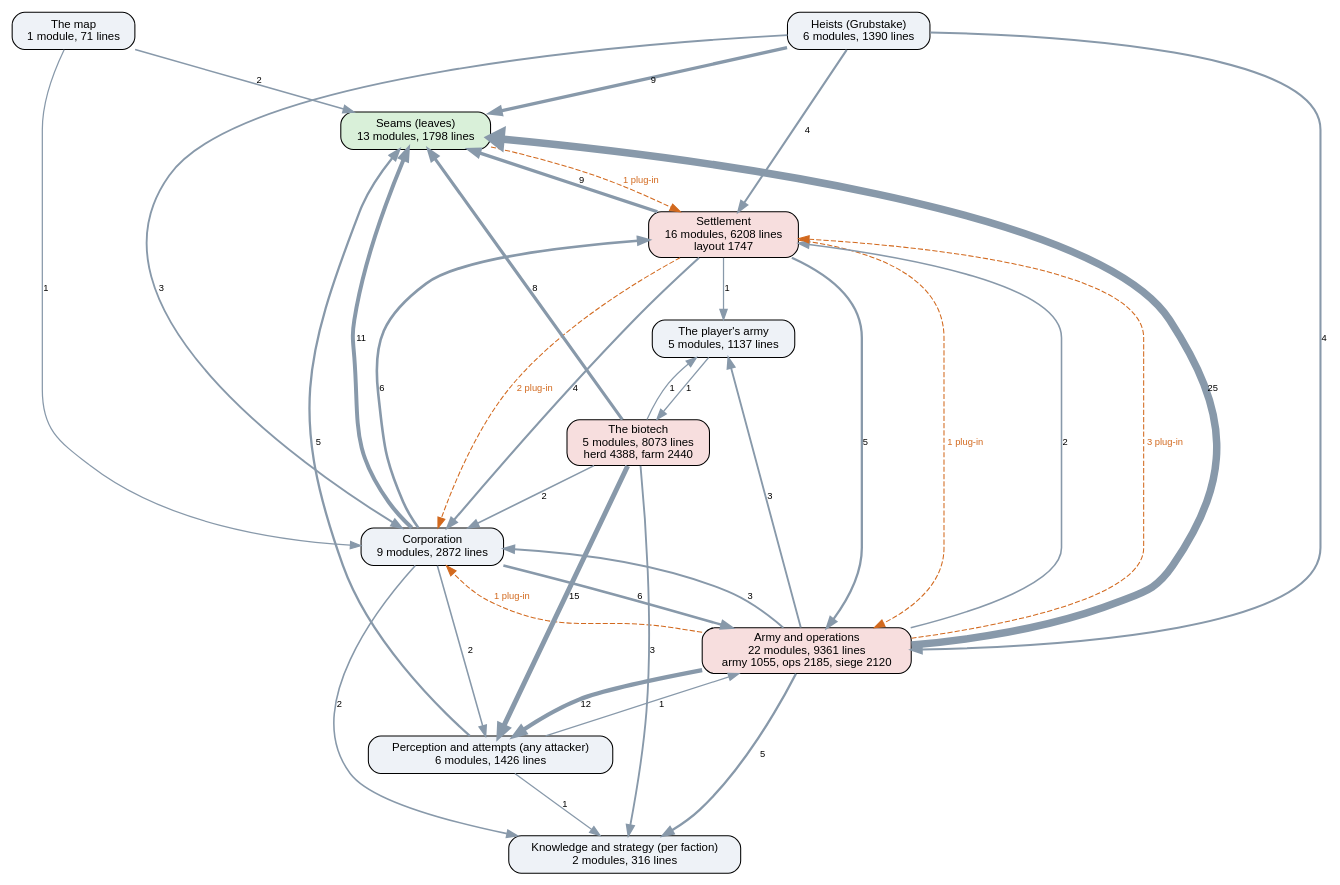
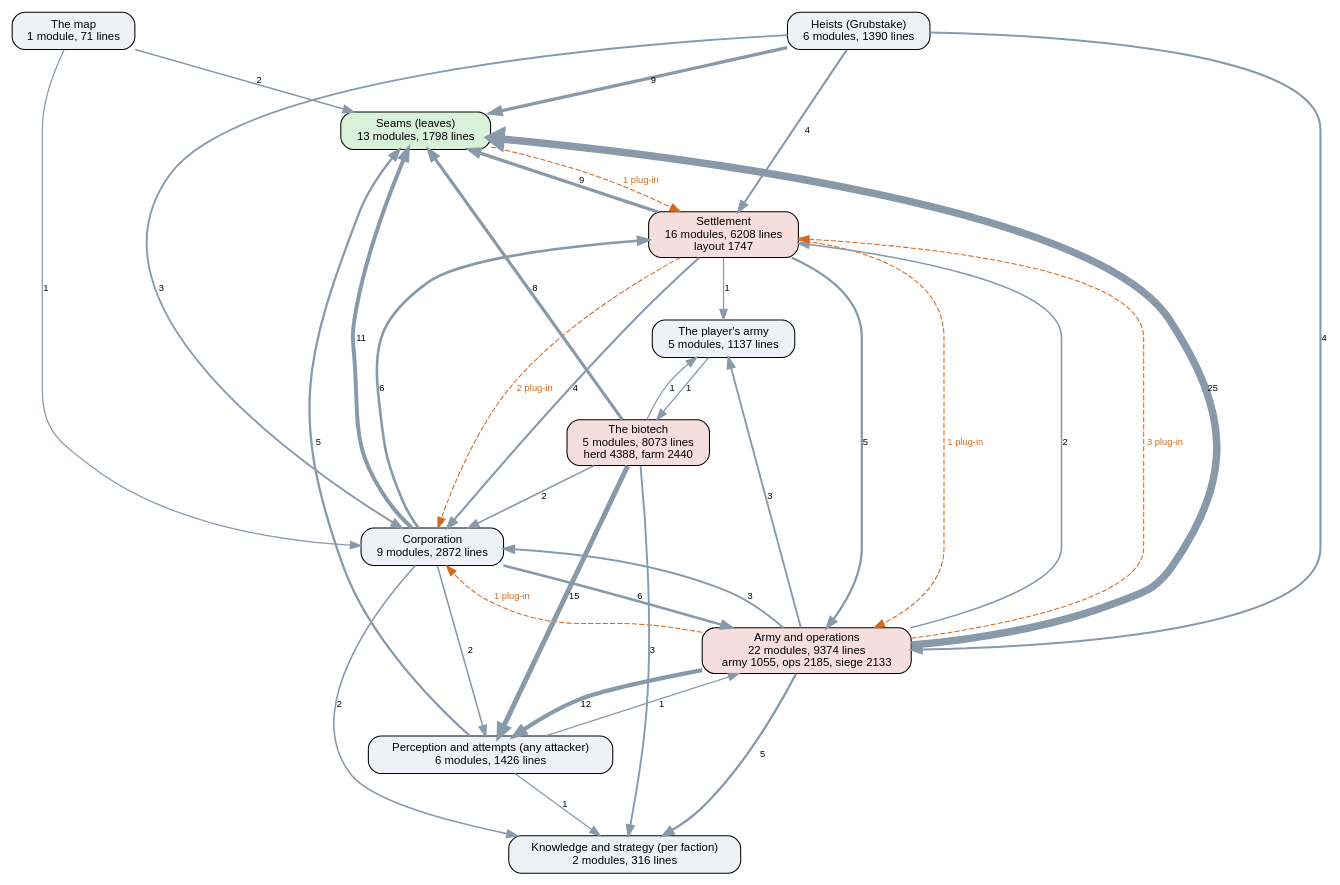
One commit to kinelhu/landing-party changed the diagram in docs/ai-layers.dot. Above: the diagram before and after it, drawn with Graphviz. The commit also changed 15 other files, not shown here.

```diff
--- a/docs/ai-layers.dot
+++ b/docs/ai-layers.dot
@@ -1,50 +1,50 @@
 digraph layers {
   graph [rankdir=TB, fontname="Helvetica", nodesep=0.5, ranksep=0.7];
   node [shape=box, style="rounded,filled", fontname="Helvetica", fontsize=11, fillcolor="#eef2f7"];
   edge [color="#8899aa", fontname="Helvetica", fontsize=9];
   "Seams (leaves)" [label="Seams (leaves)\n13 modules, 1798 lines", fillcolor="#d9f0d9"];
   "Perception and attempts (any attacker)" [label="Perception and attempts (any attacker)\n6 modules, 1426 lines", fillcolor="#eef2f7"];
   "Knowledge and strategy (per faction)" [label="Knowledge and strategy (per faction)\n2 modules, 316 lines", fillcolor="#eef2f7"];
   "Corporation" [label="Corporation\n9 modules, 2872 lines", fillcolor="#eef2f7"];
   "Settlement" [label="Settlement\n16 modules, 6208 lines\nlayout 1747", fillcolor="#f7dede"];
-  "Army and operations" [label="Army and operations\n22 modules, 9361 lines\narmy 1055, ops 2185, siege 2120", fillcolor="#f7dede"];
+  "Army and operations" [label="Army and operations\n22 modules, 9374 lines\narmy 1055, ops 2185, siege 2133", fillcolor="#f7dede"];
   "Heists (Grubstake)" [label="Heists (Grubstake)\n6 modules, 1390 lines", fillcolor="#eef2f7"];
   "The biotech" [label="The biotech\n5 modules, 8073 lines\nherd 4388, farm 2440", fillcolor="#f7dede"];
   "The map" [label="The map\n1 module, 71 lines", fillcolor="#eef2f7"];
   "The player's army" [label="The player's army\n5 modules, 1137 lines", fillcolor="#eef2f7"];
   "Army and operations" -> "Corporation" [label="3", penwidth=1.8];
   "Army and operations" -> "Knowledge and strategy (per faction)" [label="5", penwidth=2.2];
   "Army and operations" -> "Perception and attempts (any attacker)" [label="12", penwidth=4.0];
   "Army and operations" -> "Seams (leaves)" [label="25", penwidth=7.2];
   "Army and operations" -> "Settlement" [label="2", penwidth=1.5];
   "Army and operations" -> "The player's army" [label="3", penwidth=1.8];
   "Corporation" -> "Army and operations" [label="6", penwidth=2.5];
   "Corporation" -> "Knowledge and strategy (per faction)" [label="2", penwidth=1.5];
   "Corporation" -> "Perception and attempts (any attacker)" [label="2", penwidth=1.5];
   "Corporation" -> "Seams (leaves)" [label="11", penwidth=3.8];
   "Corporation" -> "Settlement" [label="6", penwidth=2.5];
   "Heists (Grubstake)" -> "Army and operations" [label="4", penwidth=2.0];
   "Heists (Grubstake)" -> "Corporation" [label="3", penwidth=1.8];
   "Heists (Grubstake)" -> "Seams (leaves)" [label="9", penwidth=3.2];
   "Heists (Grubstake)" -> "Settlement" [label="4", penwidth=2.0];
   "Perception and attempts (any attacker)" -> "Army and operations" [label="1", penwidth=1.2];
   "Perception and attempts (any attacker)" -> "Knowledge and strategy (per faction)" [label="1", penwidth=1.2];
   "Perception and attempts (any attacker)" -> "Seams (leaves)" [label="5", penwidth=2.2];
   "Settlement" -> "Army and operations" [label="5", penwidth=2.2];
   "Settlement" -> "Corporation" [label="4", penwidth=2.0];
   "Settlement" -> "Seams (leaves)" [label="9", penwidth=3.2];
   "Settlement" -> "The player's army" [label="1", penwidth=1.2];
   "The biotech" -> "Corporation" [label="2", penwidth=1.5];
   "The biotech" -> "Knowledge and strategy (per faction)" [label="3", penwidth=1.8];
   "The biotech" -> "Perception and attempts (any attacker)" [label="15", penwidth=4.8];
   "The biotech" -> "Seams (leaves)" [label="8", penwidth=3.0];
   "The biotech" -> "The player's army" [label="1", penwidth=1.2];
   "The map" -> "Corporation" [label="1", penwidth=1.2];
   "The map" -> "Seams (leaves)" [label="2", penwidth=1.5];
   "The player's army" -> "The biotech" [label="1", penwidth=1.2];
   "Army and operations" -> "Corporation" [style=dashed, color="#d2691e", fontcolor="#d2691e", label="1 plug-in"];
   "Army and operations" -> "Settlement" [style=dashed, color="#d2691e", fontcolor="#d2691e", label="3 plug-in"];
   "Seams (leaves)" -> "Settlement" [style=dashed, color="#d2691e", fontcolor="#d2691e", label="1 plug-in"];
   "Settlement" -> "Army and operations" [style=dashed, color="#d2691e", fontcolor="#d2691e", label="1 plug-in"];
   "Settlement" -> "Corporation" [style=dashed, color="#d2691e", fontcolor="#d2691e", label="2 plug-in"];
 }
```
